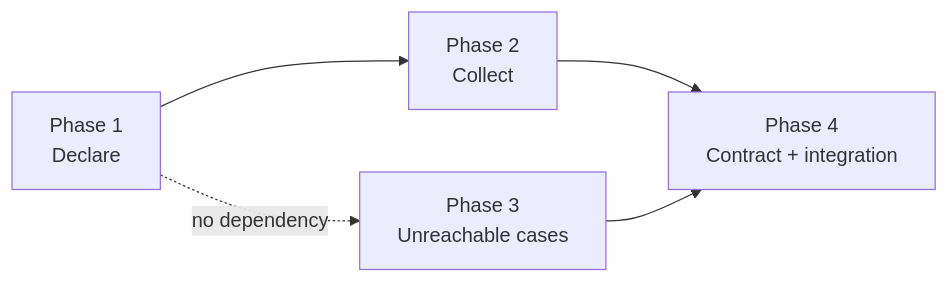
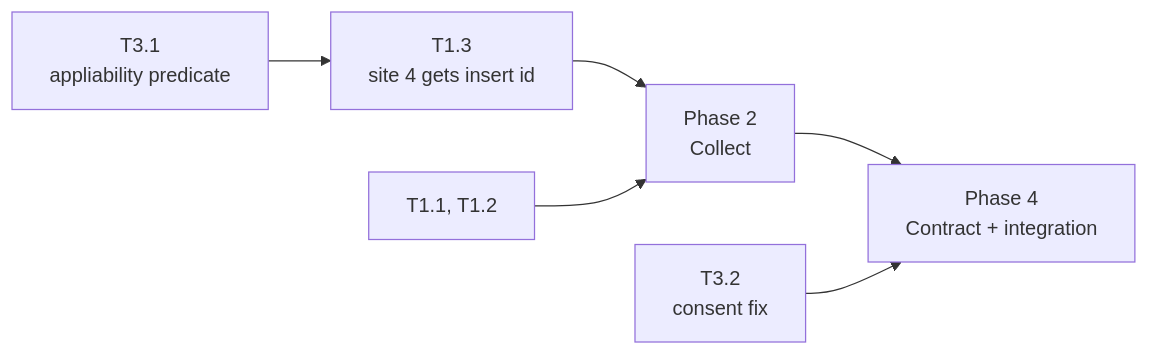
Before and after one commit to MMoMM-org/miyo-tomo: the diagram in docs/XDD/specs/036-delete-outlives-its-justification/plan/README.md, drawn with Mermaid. The commit also changed other lines of this file and 7 other files, not shown here.

````diff
--- a/docs/XDD/specs/036-delete-outlives-its-justification/plan/README.md
+++ b/docs/XDD/specs/036-delete-outlives-its-justification/plan/README.md
@@ -114,7 +124,8 @@
 ```mermaid
 graph LR
-    P1[Phase 1<br/>Declare] --> P2[Phase 2<br/>Collect]
+    T31[T3.1<br/>appliability predicate] --> T13[T1.3<br/>site 4 gets insert id]
+    T13 --> P2[Phase 2<br/>Collect]
+    P1o[T1.1, T1.2] --> P2
     P2 --> P4[Phase 4<br/>Contract + integration]
-    P3[Phase 3<br/>Unreachable cases] --> P4
-    P1 -.no dependency.-> P3
+    T32[T3.2<br/>consent fix] --> P4
 ```
````
